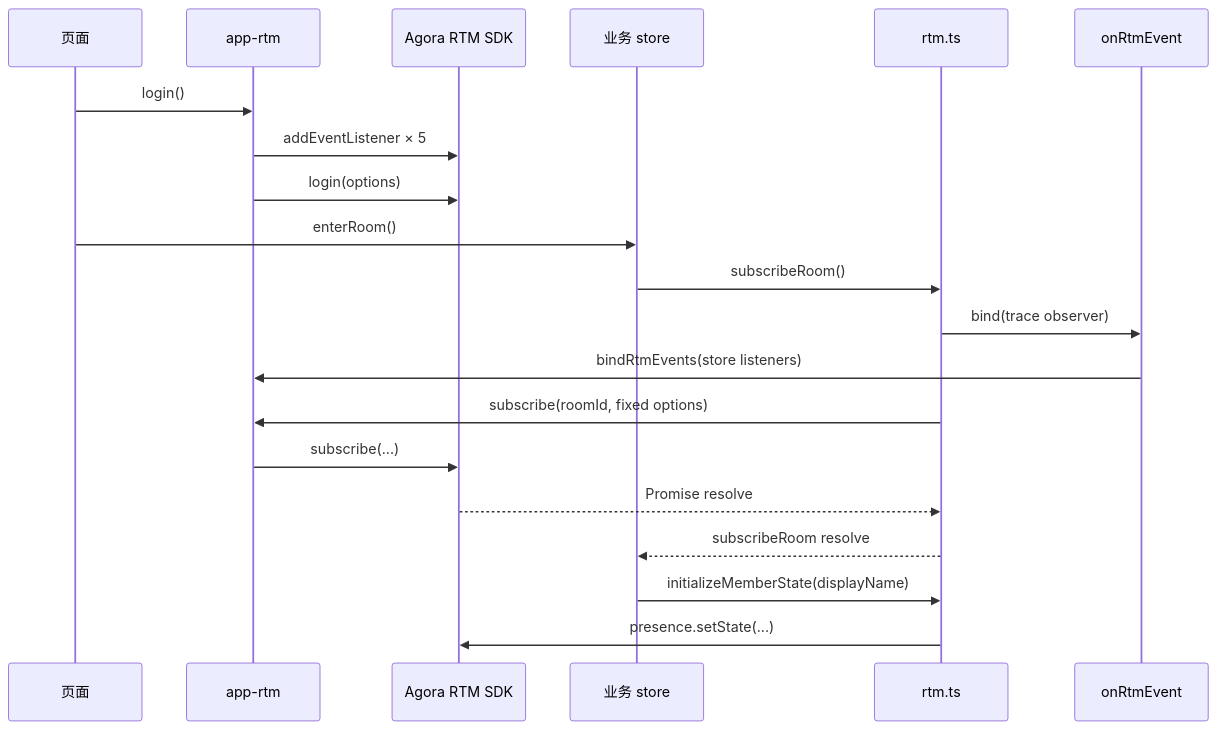
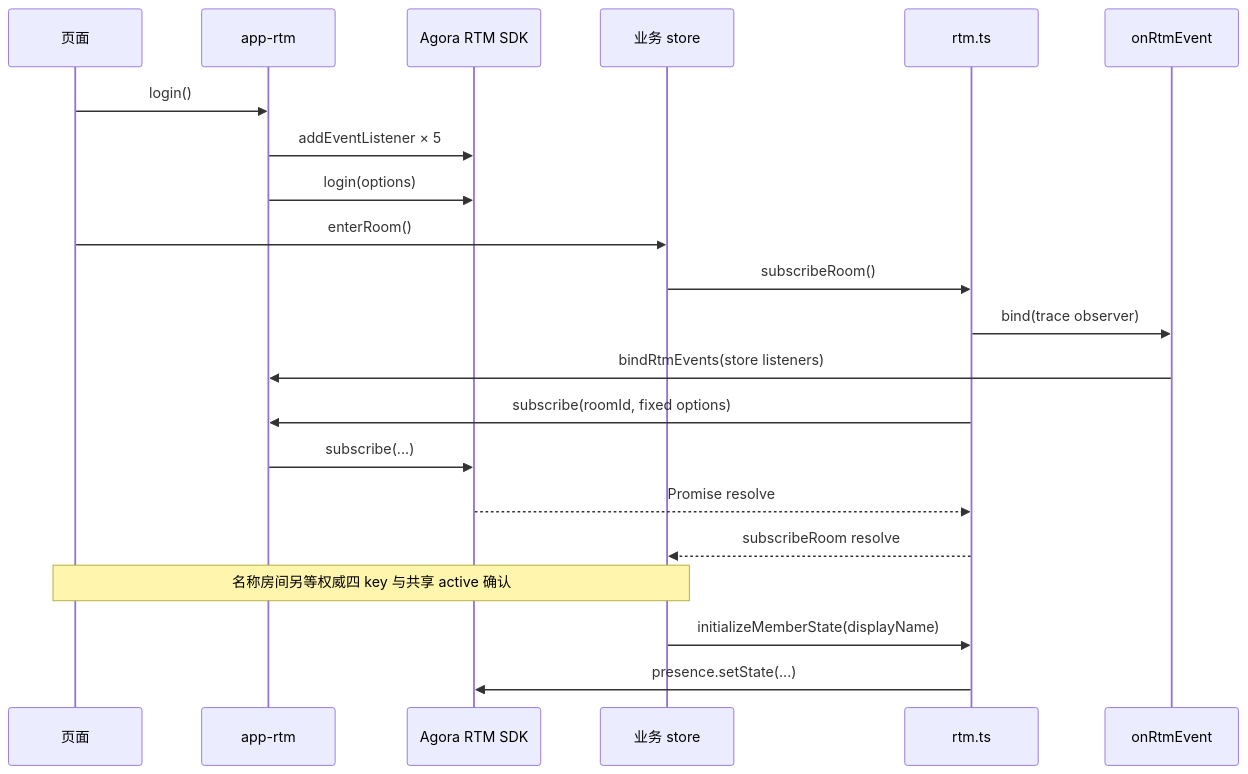
The second of 7 diagrams in src/scenes/voice-room/docs/语聊房功能底层-RTM-API-事件与时序.md (Walking-Yu/new-rtm-demo), drawn with Mermaid before and after one commit. The commit also changed other lines of this file and 44 other files, not shown here.

````diff
--- a/src/scenes/voice-room/docs/语聊房功能底层-RTM-API-事件与时序.md
+++ b/src/scenes/voice-room/docs/语聊房功能底层-RTM-API-事件与时序.md
@@ -106,22 +106,23 @@
 ```mermaid
 sequenceDiagram
   participant Page as 页面
   participant AppRtm as app-rtm
   participant SDK as Agora RTM SDK
   participant Store as 业务 store
   participant Role as rtm.ts
   participant Event as onRtmEvent
   Page->>AppRtm: login()
   AppRtm->>SDK: addEventListener × 5
   AppRtm->>SDK: login(options)
   Page->>Store: enterRoom()
   Store->>Role: subscribeRoom()
   Role->>Event: bind(trace observer)
   Event->>AppRtm: bindRtmEvents(store listeners)
   Role->>AppRtm: subscribe(roomId, fixed options)
   AppRtm->>SDK: subscribe(...)
   SDK-->>Role: Promise resolve
   Role-->>Store: subscribeRoom resolve
+  Note over Page,Store: 名称房间另等权威四 key 与共享 active 确认
   Store->>Role: initializeMemberState(displayName)
   Role->>SDK: presence.setState(...)
 ```
````
